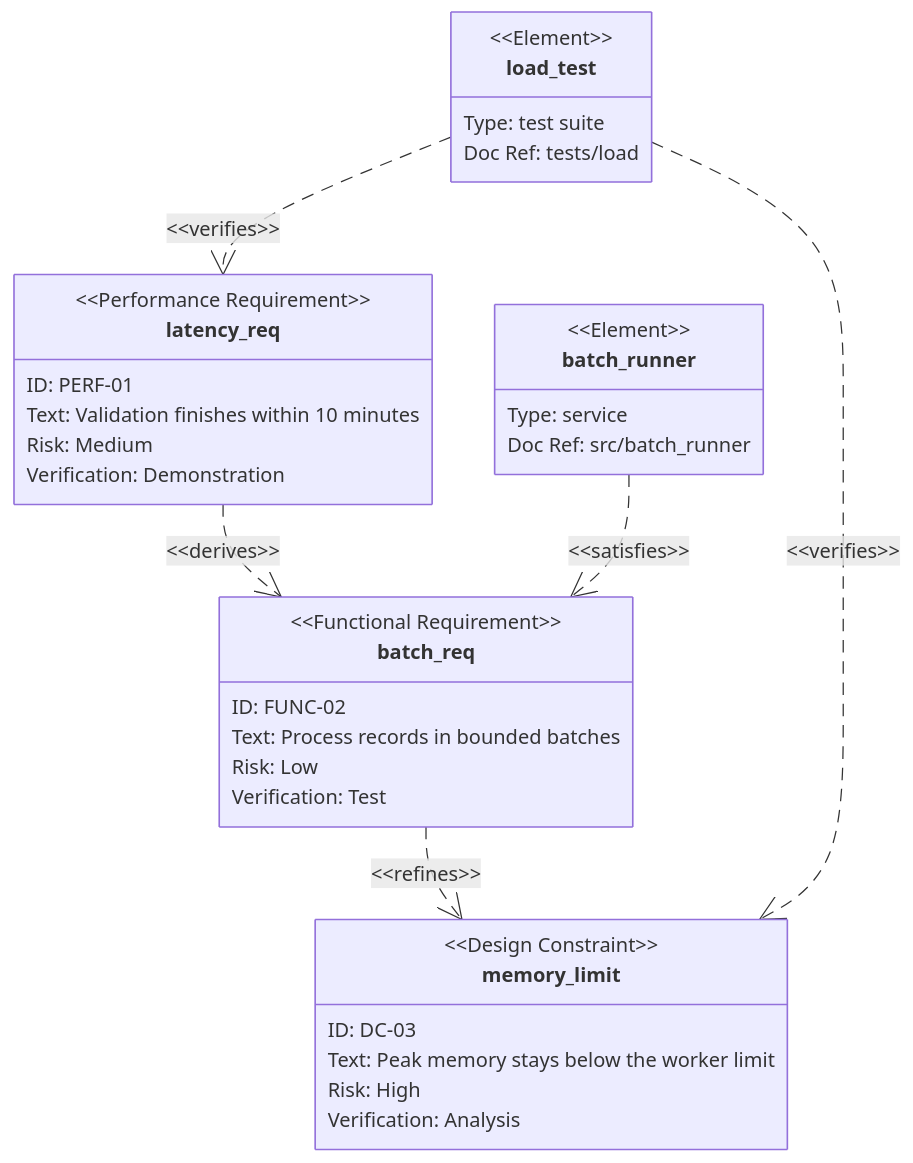
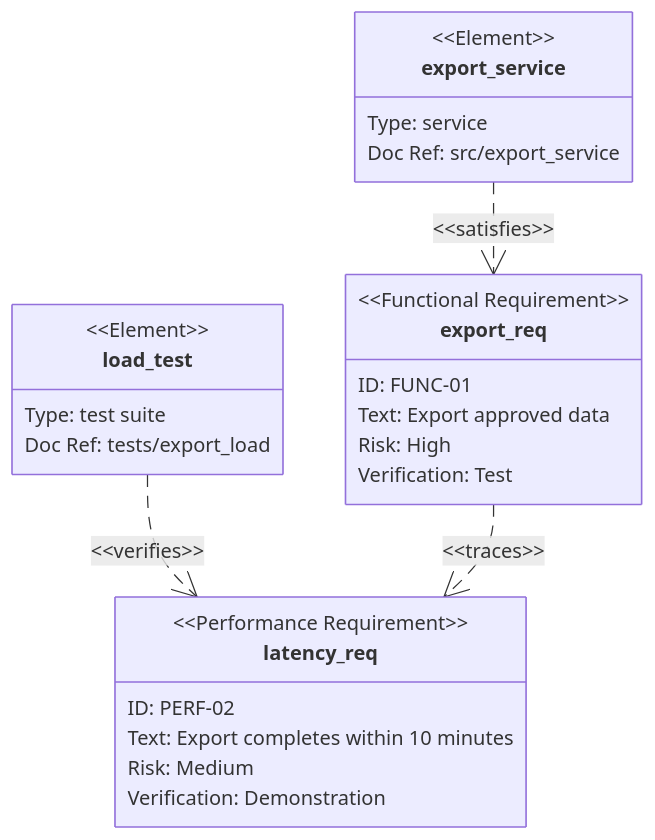
The second of 2 diagrams in src/rulesync/.rulesync/skills/mols-mermaid-diagram/references/examples/requirement-diagram.md (mols3131d/mols-agent-assets), drawn with Mermaid before and after one commit. The commit also changed other lines of this file and 27 other files, not shown here.

Commit message:
docs(mermaid): diagram examples 단계별 고도화

````diff
--- a/src/rulesync/.rulesync/skills/mols-mermaid-diagram/references/examples/requirement-diagram.md
+++ b/src/rulesync/.rulesync/skills/mols-mermaid-diagram/references/examples/requirement-diagram.md
@@ -28,39 +46,30 @@
 ```mermaid
 requirementDiagram
+    functionalRequirement export_req {
+        id: "FUNC-01"
+        text: "Export approved data"
+        risk: high
+        verifymethod: test
+    }
+
     performanceRequirement latency_req {
-        id: "PERF-01"
-        text: "Validation finishes within 10 minutes"
+        id: "PERF-02"
+        text: "Export completes within 10 minutes"
         risk: medium
         verifymethod: demonstration
     }
 
-    functionalRequirement batch_req {
-        id: "FUNC-02"
-        text: "Process records in bounded batches"
-        risk: low
-        verifymethod: test
-    }
-
-    designConstraint memory_limit {
-        id: "DC-03"
-        text: "Peak memory stays below the worker limit"
-        risk: high
-        verifymethod: analysis
-    }
-
-    element batch_runner {
+    element export_service {
         type: "service"
-        docRef: "src/batch_runner"
+        docRef: "src/export_service"
     }
 
     element load_test {
         type: "test suite"
-        docRef: "tests/load"
+        docRef: "tests/export_load"
     }
 
-    latency_req - derives -> batch_req
-    batch_req - refines -> memory_limit
-    batch_runner - satisfies -> batch_req
+    export_service - satisfies -> export_req
     load_test - verifies -> latency_req
-    load_test - verifies -> memory_limit
+    export_req - traces -> latency_req
 ```
````
